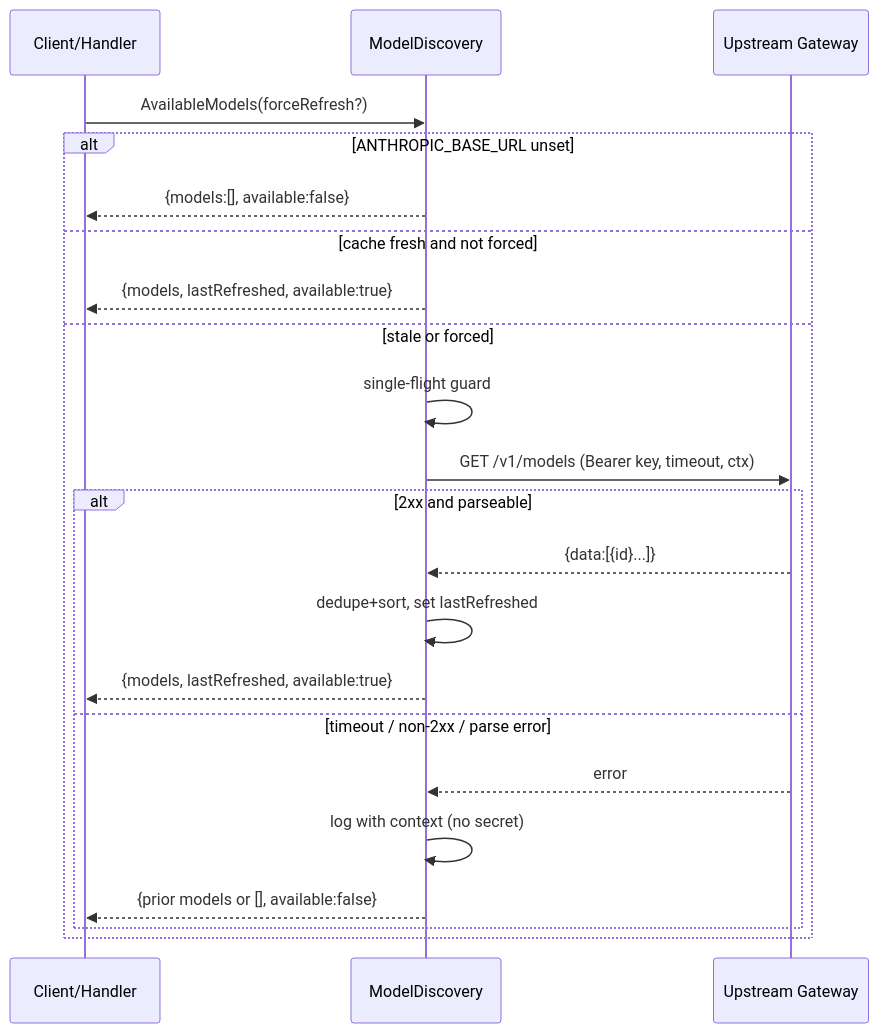
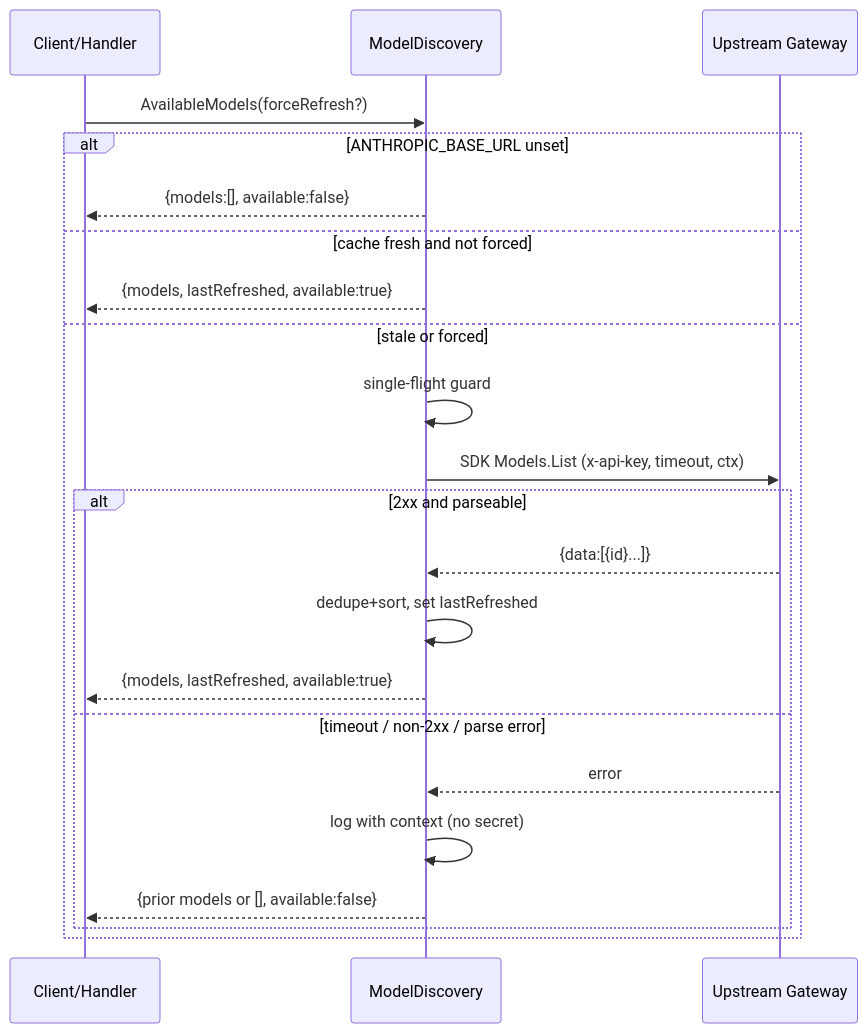
One commit to joestump/claude-ops changed the second of 2 diagrams in docs/openspec/specs/upstream-model-discovery/design.md. Above: the diagram before and after it, drawn with Mermaid. The commit also changed other lines of this file and 4 other files, not shown here.

````diff
--- a/docs/openspec/specs/upstream-model-discovery/design.md
+++ b/docs/openspec/specs/upstream-model-discovery/design.md
@@ -158,24 +179,24 @@
 ```mermaid
 sequenceDiagram
     participant C as Client/Handler
     participant D as ModelDiscovery
     participant G as Upstream Gateway
     C->>D: AvailableModels(forceRefresh?)
     alt ANTHROPIC_BASE_URL unset
         D-->>C: {models:[], available:false}
     else cache fresh and not forced
         D-->>C: {models, lastRefreshed, available:true}
     else stale or forced
         D->>D: single-flight guard
-        D->>G: GET /v1/models (Bearer key, timeout, ctx)
+        D->>G: SDK Models.List (x-api-key, timeout, ctx)
         alt 2xx and parseable
             G-->>D: {data:[{id}...]}
             D->>D: dedupe+sort, set lastRefreshed
             D-->>C: {models, lastRefreshed, available:true}
         else timeout / non-2xx / parse error
             G-->>D: error
             D->>D: log with context (no secret)
             D-->>C: {prior models or [], available:false}
         end
     end
 ```
````
